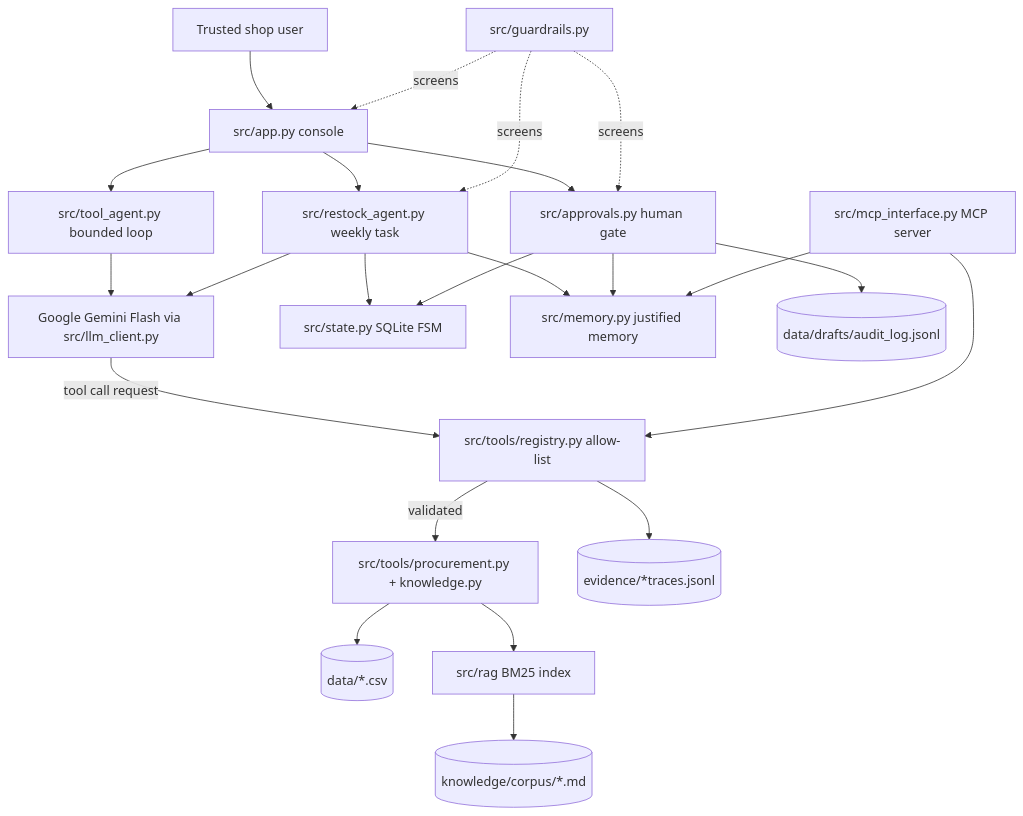
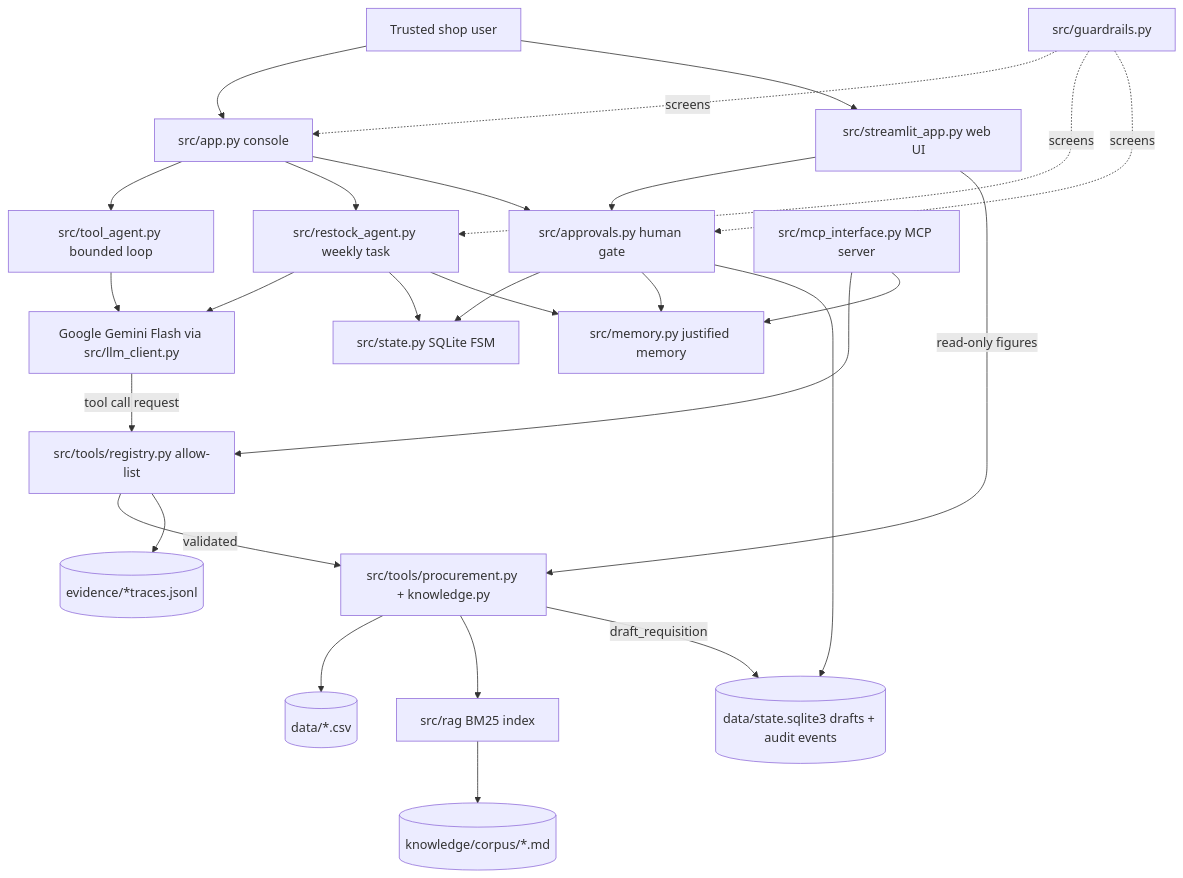
Before and after one commit to AJmight/Capstone_project-: the first of 4 diagrams in docs/final-report.md, drawn with Mermaid. The commit also changed other lines of this file and 9 other files, not shown here.

````diff
--- a/docs/final-report.md
+++ b/docs/final-report.md
@@ -137,25 +126,29 @@
 ```mermaid
 flowchart TD
     U[Trusted shop user] --> APP[src/app.py console]
+    U --> WEB[src/streamlit_app.py web UI]
+    WEB --> AP
+    WEB -->|read-only figures| TOOLS
     APP --> TA[src/tool_agent.py bounded loop]
     APP --> RA[src/restock_agent.py weekly task]
     APP --> AP[src/approvals.py human gate]
     TA --> LLM[Google Gemini Flash via src/llm_client.py]
     RA --> LLM
     LLM -->|tool call request| REG[src/tools/registry.py allow-list]
     REG -->|validated| TOOLS[src/tools/procurement.py + knowledge.py]
     TOOLS --> CSV[(data/*.csv)]
     TOOLS --> RAG[src/rag BM25 index]
     RAG --> CORPUS[(knowledge/corpus/*.md)]
     REG --> TRACE[(evidence/*traces.jsonl)]
     RA --> ST[src/state.py SQLite FSM]
     RA --> MEM[src/memory.py justified memory]
     AP --> ST
     AP --> MEM
-    AP --> AUDIT[(data/drafts/audit_log.jsonl)]
+    AP --> AUDIT[(data/state.sqlite3 drafts + audit events)]
+    TOOLS -->|draft_requisition| AUDIT
     GRD[src/guardrails.py] -. screens .-> APP
     GRD -. screens .-> RA
     GRD -. screens .-> AP
     MCP[src/mcp_interface.py MCP server] --> REG
     MCP --> MEM
 ```
````
